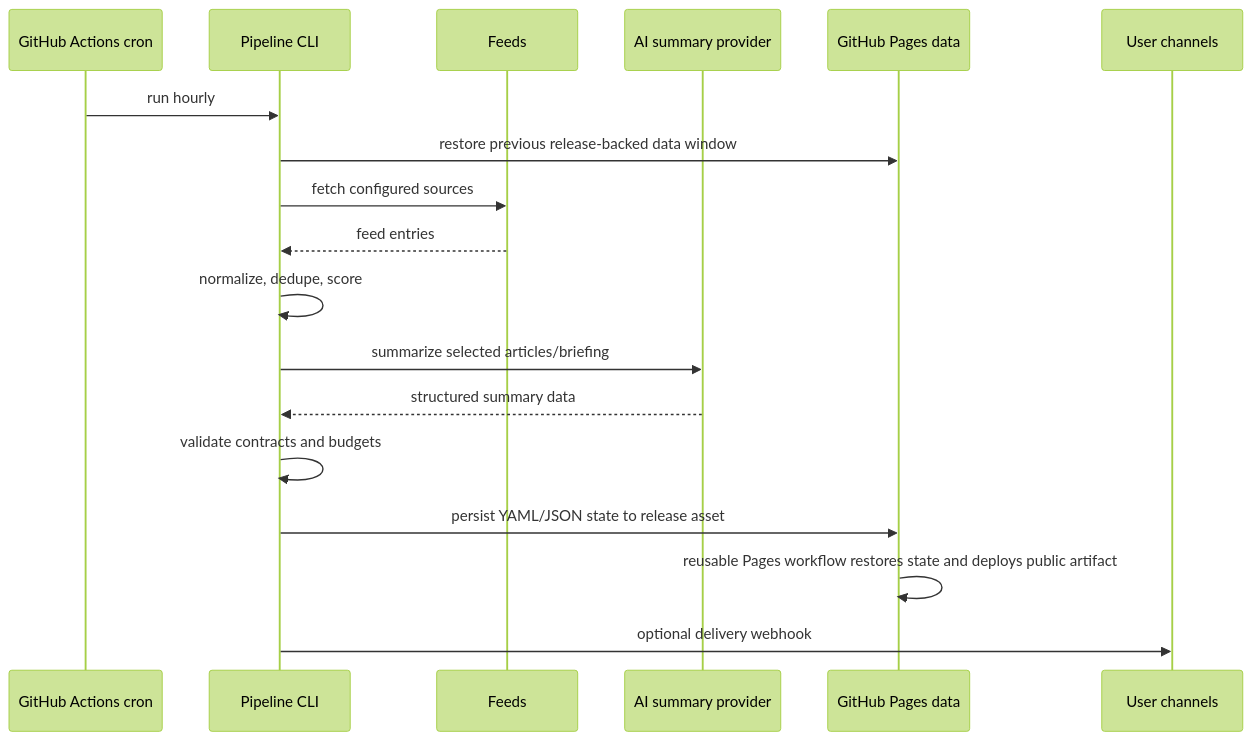
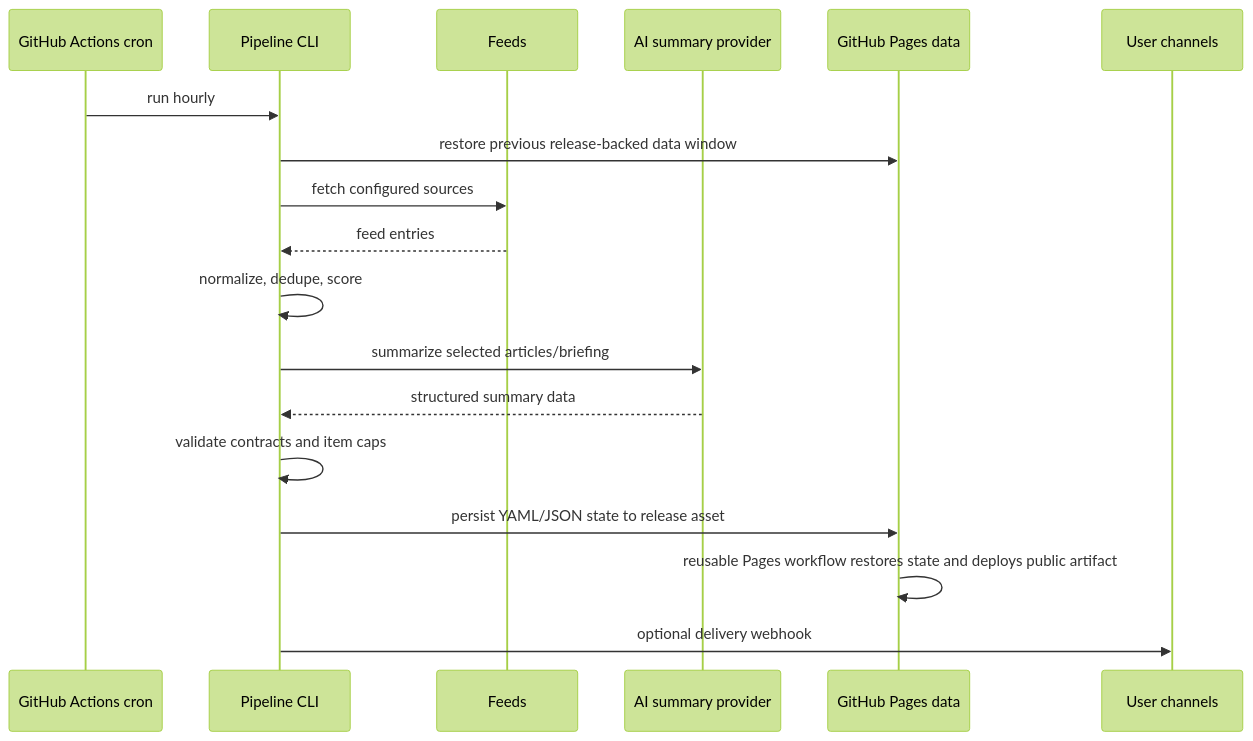
The second of 2 diagrams in docs/architecture.md (DevSecNinja/wazzup), drawn with Mermaid (forest theme) before and after one commit. The commit also changed other lines of this file and 7 other files, not shown here.

````diff
--- a/docs/architecture.md
+++ b/docs/architecture.md
@@ -55,21 +55,21 @@
 ```mermaid
 sequenceDiagram
     participant Cron as GitHub Actions cron
     participant CLI as Pipeline CLI
     participant Feeds as Feeds
     participant AI as AI summary provider
     participant Pages as GitHub Pages data
     participant User as User channels
 
     Cron->>CLI: run hourly
     CLI->>Pages: restore previous release-backed data window
     CLI->>Feeds: fetch configured sources
     Feeds-->>CLI: feed entries
     CLI->>CLI: normalize, dedupe, score
     CLI->>AI: summarize selected articles/briefing
     AI-->>CLI: structured summary data
-    CLI->>CLI: validate contracts and budgets
+    CLI->>CLI: validate contracts and item caps
     CLI->>Pages: persist YAML/JSON state to release asset
     Pages->>Pages: reusable Pages workflow restores state and deploys public artifact
     CLI->>User: optional delivery webhook
 ```
````
